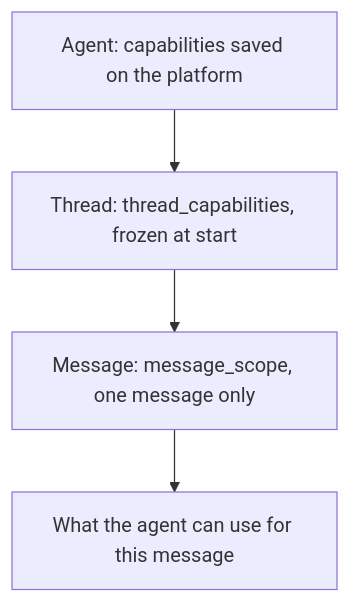
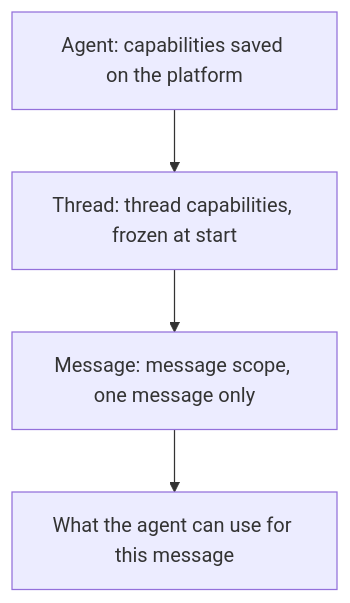
One commit to cominty/docs changed the diagram in guides/capabilities.mdx. Above: the diagram before and after it, drawn with Mermaid. The commit also changed other lines of this file and 14 other files, not shown here.

First line of the commit message:
docs: enhance documentation with TypeScript snippet checks and clarify agent capabilities

````diff
--- a/guides/capabilities.mdx
+++ b/guides/capabilities.mdx
@@ -49,6 +60,6 @@
 ```mermaid
 flowchart TD
-  agent["Agent: capabilities saved on the platform"] --> thread["Thread: thread_capabilities, frozen at start"]
-  thread --> message["Message: message_scope, one message only"]
+  agent["Agent: capabilities saved on the platform"] --> thread["Thread: thread capabilities, frozen at start"]
+  thread --> message["Message: message scope, one message only"]
   message --> run["What the agent can use for this message"]
 ```
````
